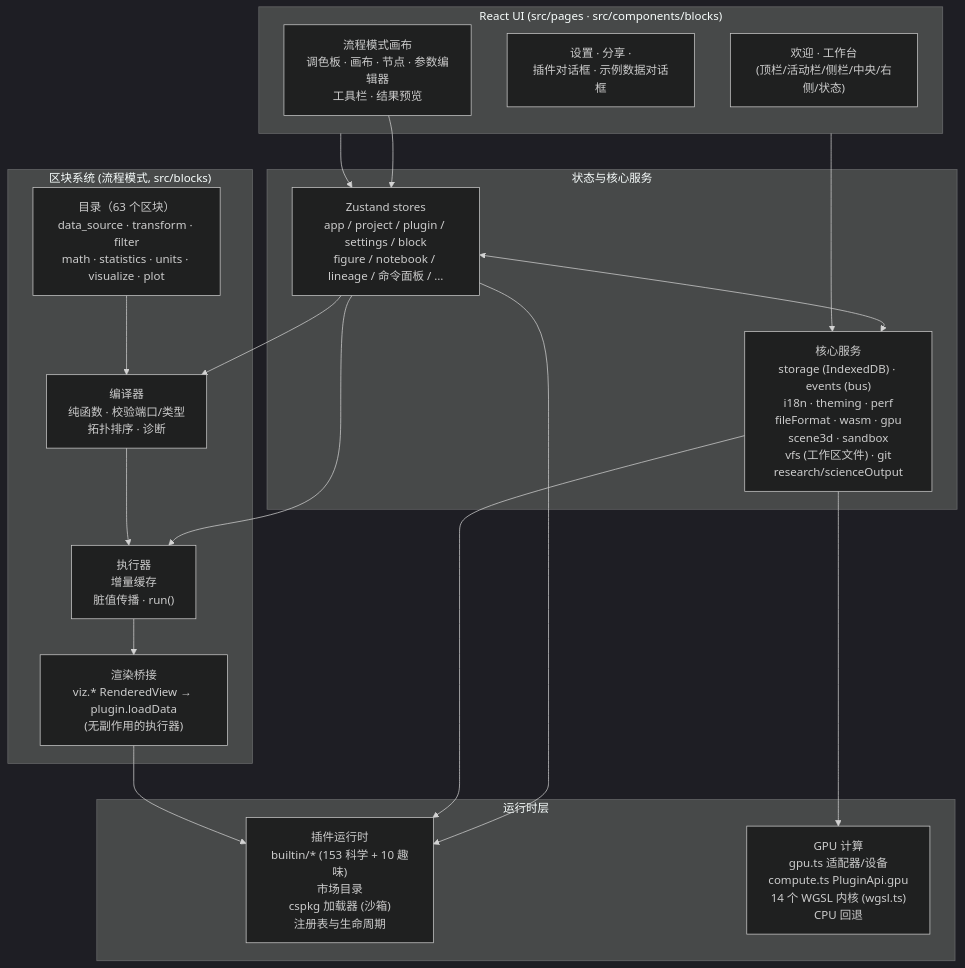
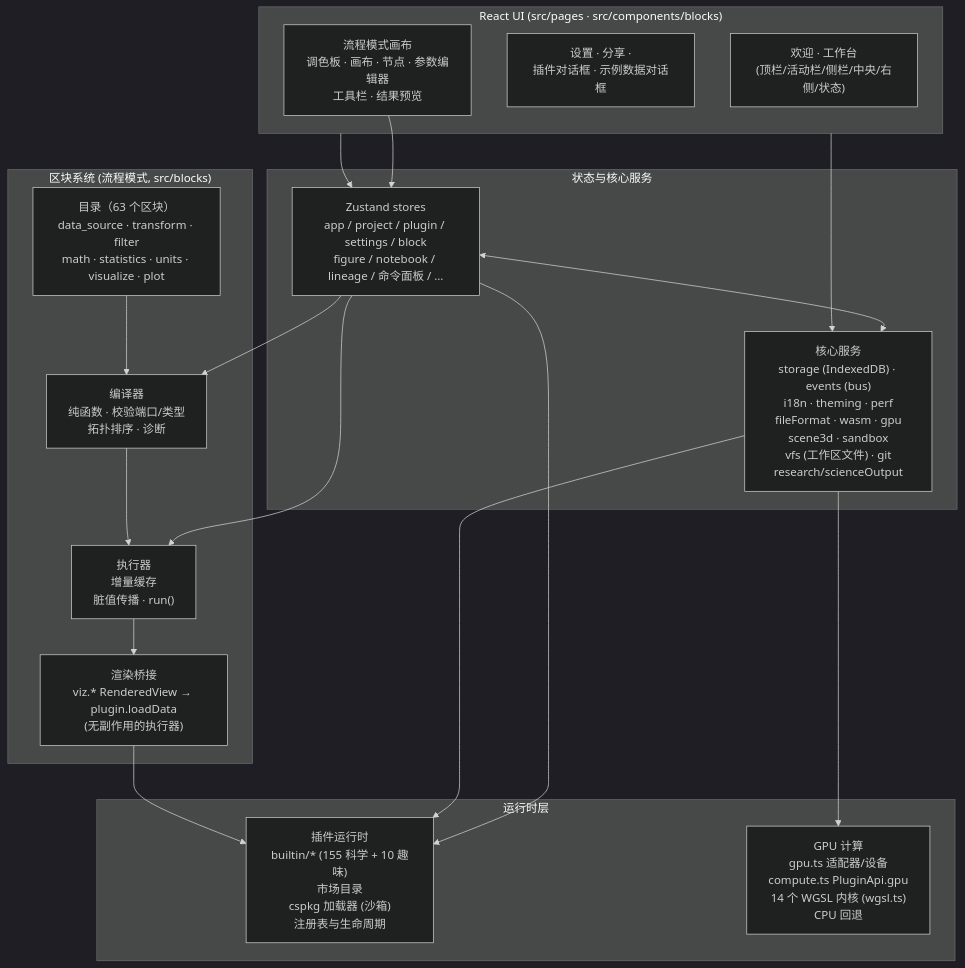
Before and after one commit to SnowLeopard-io/ErgalicsStudio: the diagram in README.zh-CN.md, drawn with Mermaid (dark theme). The commit also changed other lines of this file and 1 other file, not shown here.

````diff
--- a/README.zh-CN.md
+++ b/README.zh-CN.md
@@ -215,39 +215,39 @@
 ```mermaid
 flowchart TB
     subgraph UI["React UI (src/pages · src/components/blocks)"]
         A1["欢迎 · 工作台<br/>(顶栏/活动栏/侧栏/中央/右侧/状态)"]
         A2["设置 · 分享 ·<br/>插件对话框 · 示例数据对话框"]
         A3["流程模式画布<br/>调色板 · 画布 · 节点 · 参数编辑器<br/>工具栏 · 结果预览"]
     end
 
     subgraph State["状态与核心服务"]
         B1["Zustand stores<br/>app / project / plugin / settings / block<br/>figure / notebook / lineage / 命令面板 / …"]
         B2["核心服务<br/>storage (IndexedDB) · events (bus)<br/>i18n · theming · perf<br/>fileFormat · wasm · gpu<br/>scene3d · sandbox<br/>vfs (工作区文件) · git<br/>research/scienceOutput"]
     end
 
     subgraph Blocks["区块系统 (流程模式, src/blocks)"]
         D1["目录（63 个区块）<br/>data_source · transform · filter<br/>math · statistics · units · visualize · plot"]
         D2["编译器<br/>纯函数 · 校验端口/类型<br/>拓扑排序 · 诊断"]
         D3["执行器<br/>增量缓存<br/>脏值传播 · run()"]
         D4["渲染桥接<br/>viz.* RenderedView → plugin.loadData<br/>(无副作用的执行器)"]
     end
 
     subgraph Runtime["运行时层"]
-        C1["插件运行时<br/>builtin/* (153 科学 + 10 趣味)<br/>市场目录<br/>cspkg 加载器 (沙箱)<br/>注册表与生命周期"]
+        C1["插件运行时<br/>builtin/* (155 科学 + 10 趣味)<br/>市场目录<br/>cspkg 加载器 (沙箱)<br/>注册表与生命周期"]
         C2["GPU 计算<br/>gpu.ts 适配器/设备<br/>compute.ts PluginApi.gpu<br/>14 个 WGSL 内核 (wgsl.ts)<br/>CPU 回退"]
     end
 
     UI --> B1
     UI --> B2
     B1 <--> B2
     B1 --> C1
     B2 --> C1
     B2 --> C2
     A3 --> B1
     B1 --> D2
     B1 --> D3
     D2 --> D3
     D1 --> D2
     D3 --> D4
     D4 --> C1
 ```
````
